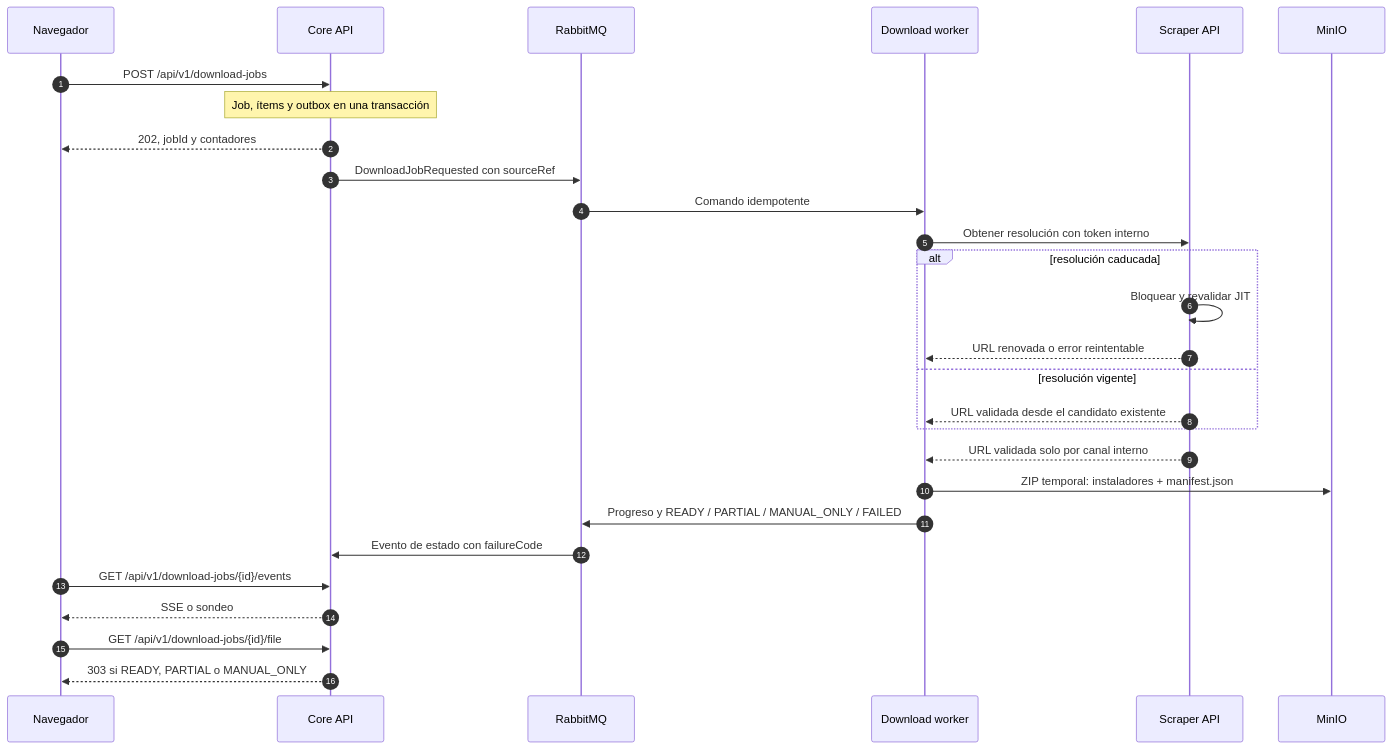
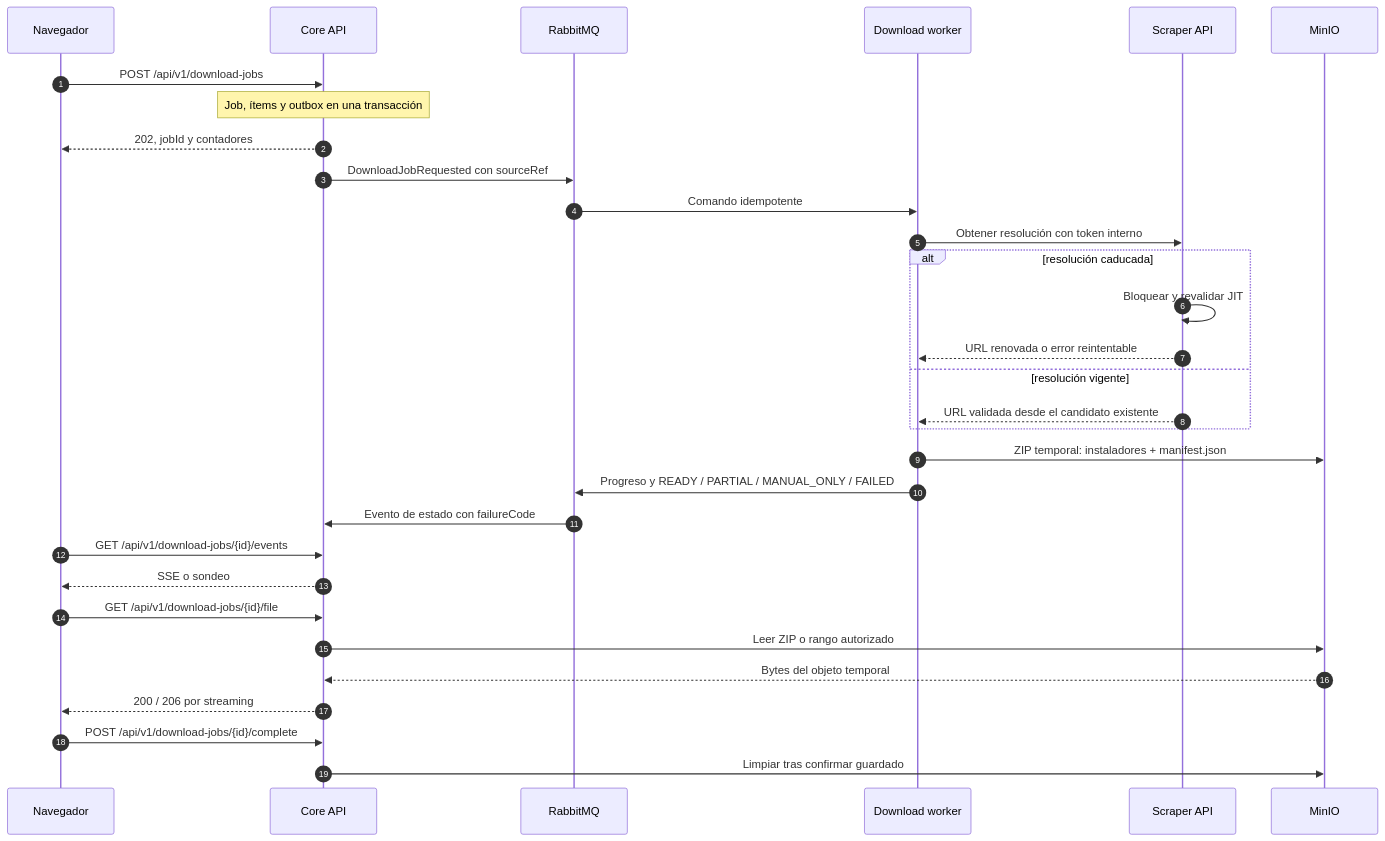
Before and after one commit to Joseleelsuper/Batch-Downloader-Memoria: the diagram in diagrams/sequenceDiagram_general.mmd, drawn with Mermaid. The commit also changed 2 other files, not shown here.

```diff
--- a/diagrams/sequenceDiagram_general.mmd
+++ b/diagrams/sequenceDiagram_general.mmd
@@ -1,29 +1,32 @@
 sequenceDiagram
     autonumber
     participant B as Navegador
     participant C as Core API
     participant Q as RabbitMQ
     participant W as Download worker
     participant S as Scraper API
     participant M as MinIO
 
     B->>C: POST /api/v1/download-jobs
     Note over C: Job, ítems y outbox en una transacción
     C-->>B: 202, jobId y contadores
     C->>Q: DownloadJobRequested con sourceRef
     Q->>W: Comando idempotente
     W->>S: Obtener resolución con token interno
     alt resolución caducada
         S->>S: Bloquear y revalidar JIT
         S-->>W: URL renovada o error reintentable
     else resolución vigente
         S-->>W: URL validada desde el candidato existente
     end
-    S-->>W: URL validada solo por canal interno
     W->>M: ZIP temporal: instaladores + manifest.json
     W->>Q: Progreso y READY / PARTIAL / MANUAL_ONLY / FAILED
     Q->>C: Evento de estado con failureCode
     B->>C: GET /api/v1/download-jobs/{id}/events
     C-->>B: SSE o sondeo
     B->>C: GET /api/v1/download-jobs/{id}/file
-    C-->>B: 303 si READY, PARTIAL o MANUAL_ONLY
+    C->>M: Leer ZIP o rango autorizado
+    M-->>C: Bytes del objeto temporal
+    C-->>B: 200 / 206 por streaming
+    B->>C: POST /api/v1/download-jobs/{id}/complete
+    C->>M: Limpiar tras confirmar guardado
```
